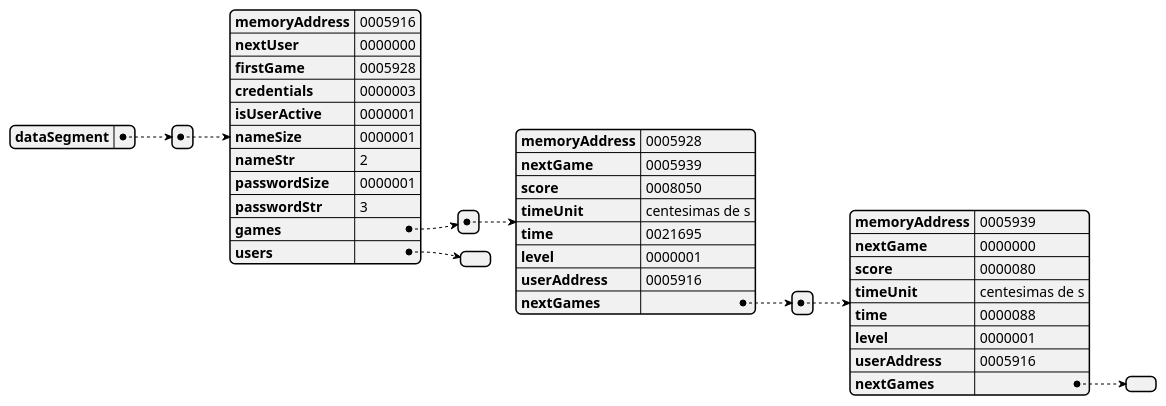
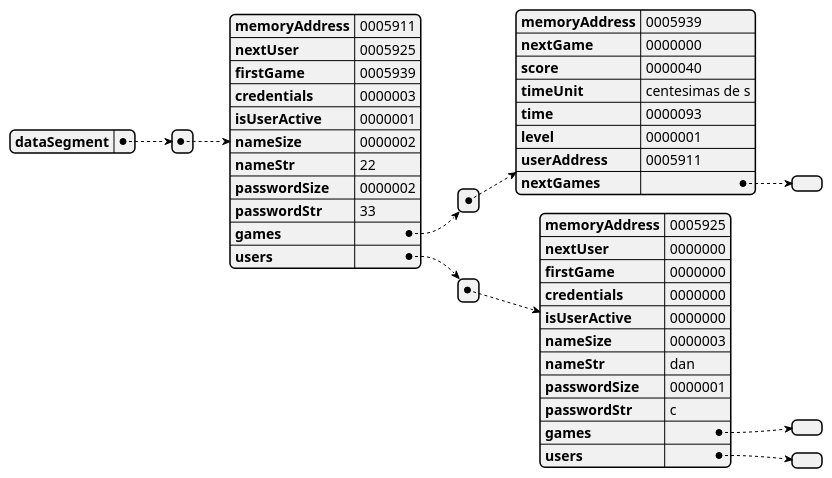
The diagram in docs/uml/README.md (danielcuque/ACE1-PROYECTO2), drawn with PlantUML before and after one commit. The commit also changed 4 other files, not shown here.

`````diff
--- a/docs/uml/README.md
+++ b/docs/uml/README.md
@@ -1,28 +1,32 @@
 ````plantuml
 @startjson memoryGraph
 {"dataSegment":
-[{"memoryAddress":"0005916",
-"nextUser":"0000000",
-"firstGame":"0005928",
+[{"memoryAddress":"0005911",
+"nextUser":"0005925",
+"firstGame":"0005939",
 "credentials":"0000003",
 "isUserActive":"0000001",
-"nameSize":"0000001",
-"nameStr":"2",
+"nameSize":"0000002",
+"nameStr":"22",
+"passwordSize":"0000002",
+"passwordStr":"33",
+"games":[{"memoryAddress":"0005939",
+"nextGame":"0000000",
+"score":"0000040",
+"timeUnit":"centesimas de s","time":"0000093",
+"level":"0000001",
+"userAddress":"0005911",
+"nextGames":[]}],
+"users":[{"memoryAddress":"0005925",
+"nextUser":"0000000",
+"firstGame":"0000000",
+"credentials":"0000000",
+"isUserActive":"0000000",
+"nameSize":"0000003",
+"nameStr":"dan",
 "passwordSize":"0000001",
-"passwordStr":"3",
-"games":[{"memoryAddress":"0005928",
-"nextGame":"0005939",
-"score":"0008050",
-"timeUnit":"centesimas de s","time":"0021695",
-"level":"0000001",
-"userAddress":"0005916",
-"nextGames":[{"memoryAddress":"0005939",
-"nextGame":"0000000",
-"score":"0000080",
-"timeUnit":"centesimas de s","time":"0000088",
-"level":"0000001",
-"userAddress":"0005916",
-"nextGames":[]}]}],
-"users":[]}]}
+"passwordStr":"c",
+"games":[],
+"users":[]}]}]}
 @endjson
 ````
`````
